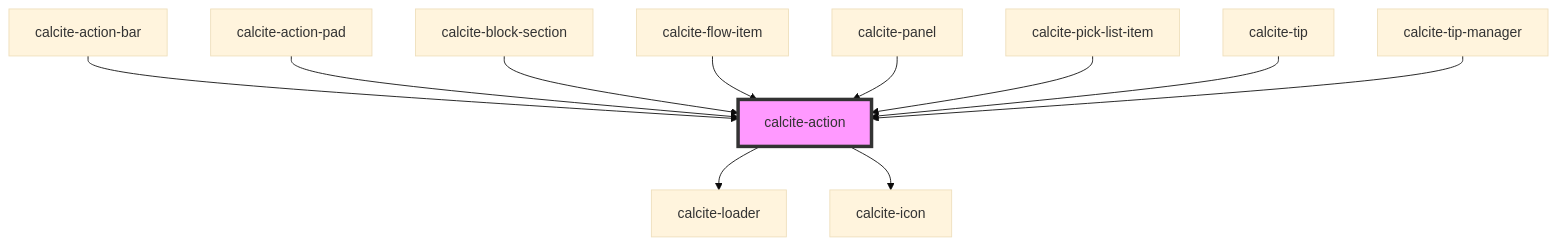
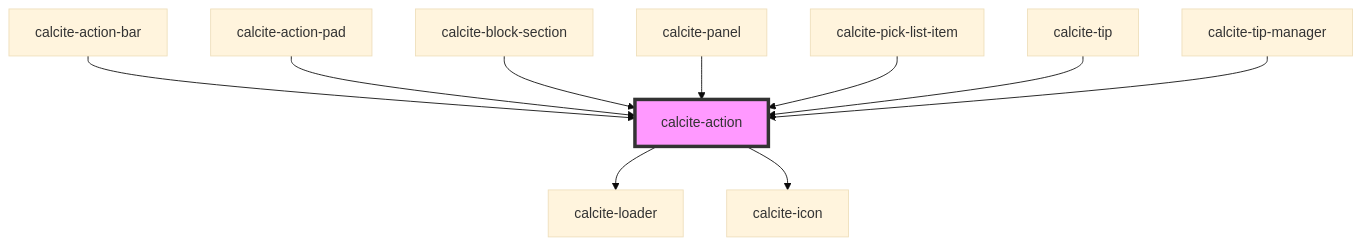
One commit to vikivakarvc/calcite-design-system changed the diagram in src/components/calcite-action/readme.md. Above: the diagram before and after it, drawn with Mermaid (base theme). The commit also changed other lines of this file and 40 other files, not shown here.

First line of the commit message:
refactor(panel, flow-item, flow, shell-panel): removes flow-item, enhances panel to replace flow-item, updates flow to use panel, removes props from shell-panel (#949)

````diff
--- a/src/components/calcite-action/readme.md
+++ b/src/components/calcite-action/readme.md
@@ -86,14 +85,13 @@
 ```mermaid
 graph TD;
   calcite-action --> calcite-loader
   calcite-action --> calcite-icon
   calcite-action-bar --> calcite-action
   calcite-action-pad --> calcite-action
   calcite-block-section --> calcite-action
-  calcite-flow-item --> calcite-action
   calcite-panel --> calcite-action
   calcite-pick-list-item --> calcite-action
   calcite-tip --> calcite-action
   calcite-tip-manager --> calcite-action
   style calcite-action fill:#f9f,stroke:#333,stroke-width:4px
 ```
````
